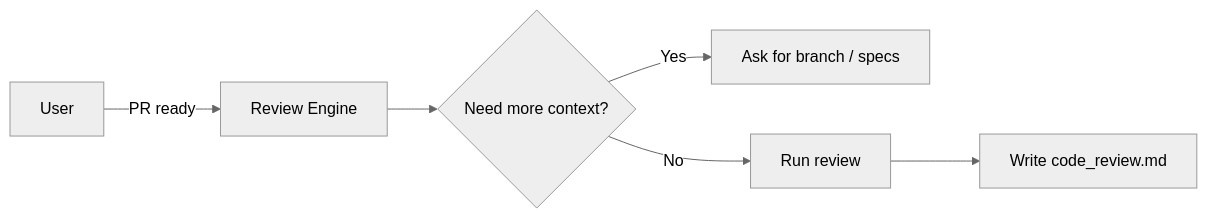
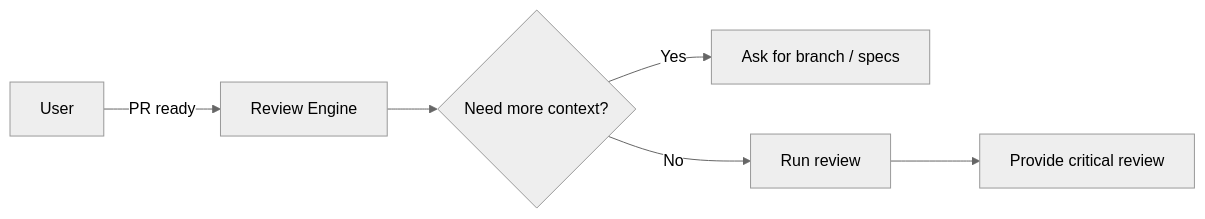
One commit to Fohlio/agents-playbook changed the diagram in public/playbook/mini-prompts/review/code-review.md. Above: the diagram before and after it, drawn with Mermaid (neutral theme). The commit also changed other lines of this file and 4 other files, not shown here.

````diff
--- a/public/playbook/mini-prompts/review/code-review.md
+++ b/public/playbook/mini-prompts/review/code-review.md
@@ -57,8 +81,8 @@
 ```mermaid
 flowchart LR
     U[User] -->|PR ready| A[Review Engine]
     A --> B{Need more context?}
     B -- Yes --> C[Ask for branch / specs]
     B -- No --> D[Run review]
-    D --> E[Write code_review.md]
+    D --> E[Provide critical review]
 ``` 
````
